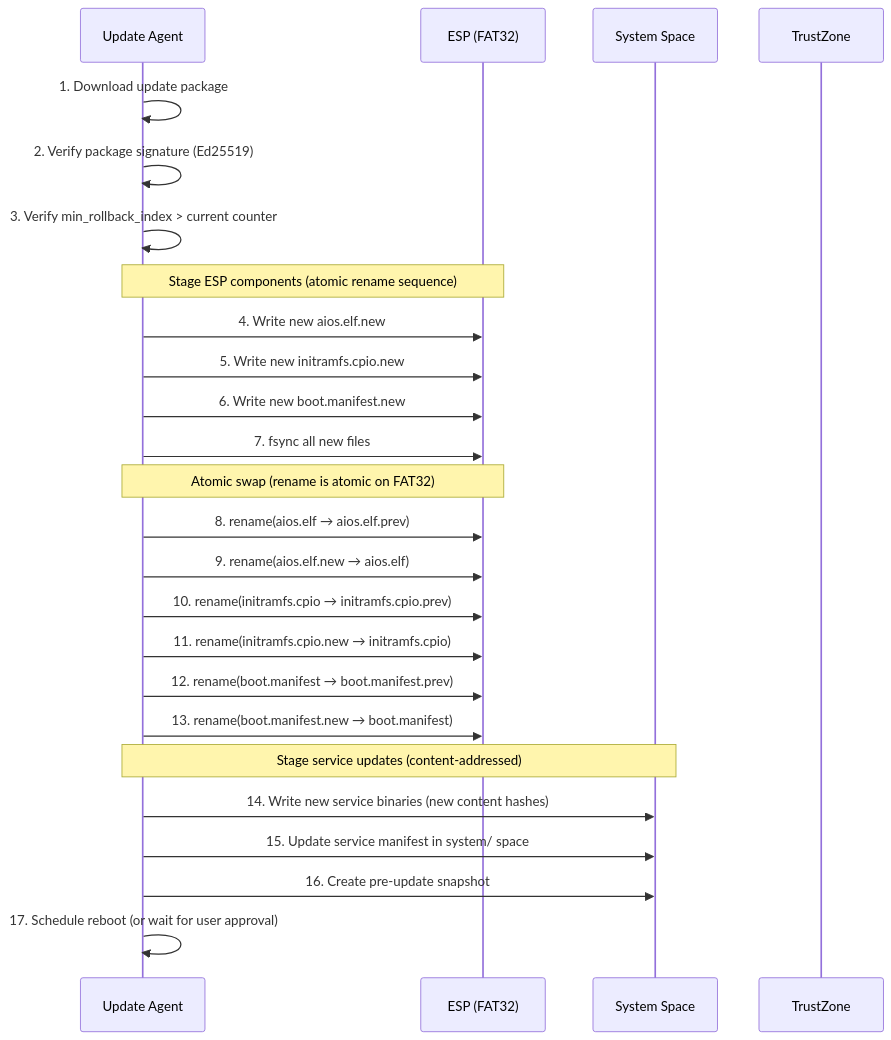
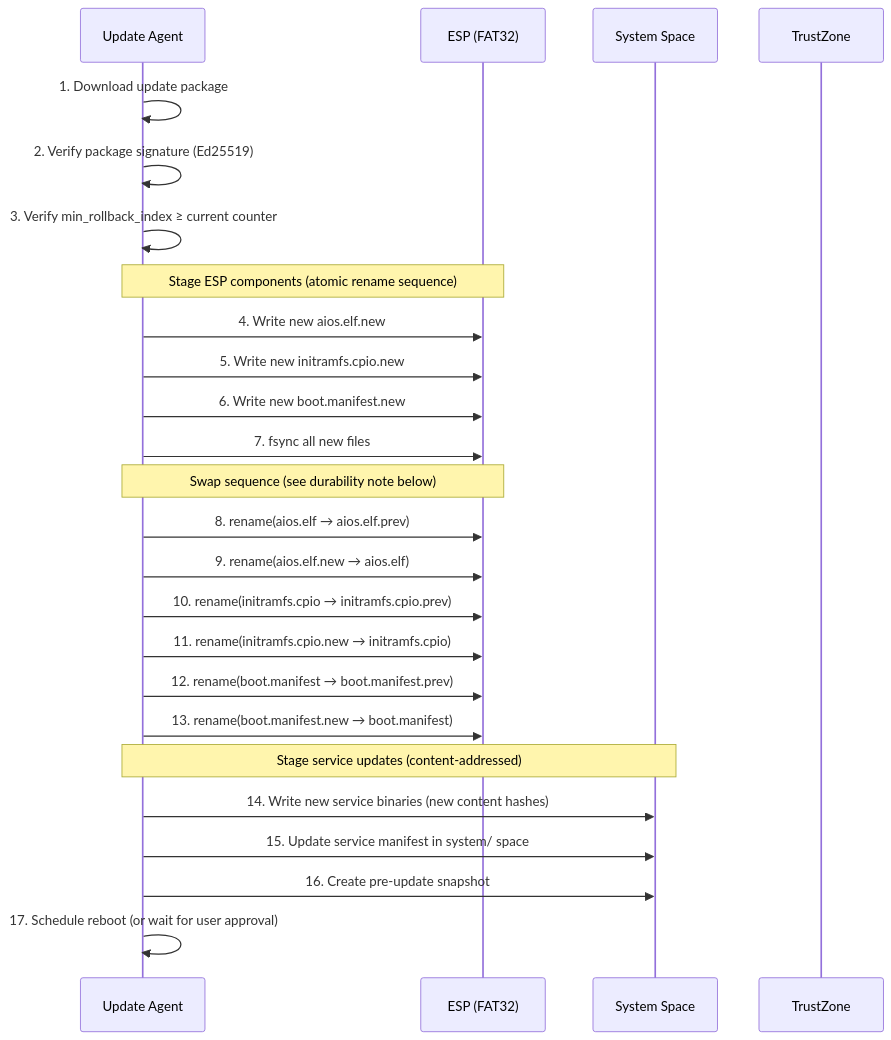
The first of 5 diagrams in docs/security/secure-boot/updates.md (juslee/aios), drawn with Mermaid before and after one commit. The commit also changed other lines of this file and 3 other files, not shown here.

````diff
--- a/docs/security/secure-boot/updates.md
+++ b/docs/security/secure-boot/updates.md
@@ -69,32 +69,32 @@
 ```mermaid
 sequenceDiagram
     participant UA as Update Agent
     participant ESP as ESP (FAT32)
     participant SS as System Space
     participant TZ as TrustZone
 
     UA->>UA: 1. Download update package
     UA->>UA: 2. Verify package signature (Ed25519)
-    UA->>UA: 3. Verify min_rollback_index > current counter
+    UA->>UA: 3. Verify min_rollback_index ≥ current counter
 
     Note over UA,ESP: Stage ESP components (atomic rename sequence)
     UA->>ESP: 4. Write new aios.elf.new
     UA->>ESP: 5. Write new initramfs.cpio.new
     UA->>ESP: 6. Write new boot.manifest.new
     UA->>ESP: 7. fsync all new files
 
-    Note over UA,ESP: Atomic swap (rename is atomic on FAT32)
+    Note over UA,ESP: Swap sequence (see durability note below)
     UA->>ESP: 8. rename(aios.elf → aios.elf.prev)
     UA->>ESP: 9. rename(aios.elf.new → aios.elf)
     UA->>ESP: 10. rename(initramfs.cpio → initramfs.cpio.prev)
     UA->>ESP: 11. rename(initramfs.cpio.new → initramfs.cpio)
     UA->>ESP: 12. rename(boot.manifest → boot.manifest.prev)
     UA->>ESP: 13. rename(boot.manifest.new → boot.manifest)
 
     Note over UA,SS: Stage service updates (content-addressed)
     UA->>SS: 14. Write new service binaries (new content hashes)
     UA->>SS: 15. Update service manifest in system/ space
     UA->>SS: 16. Create pre-update snapshot
 
     UA->>UA: 17. Schedule reboot (or wait for user approval)
 ```
````
